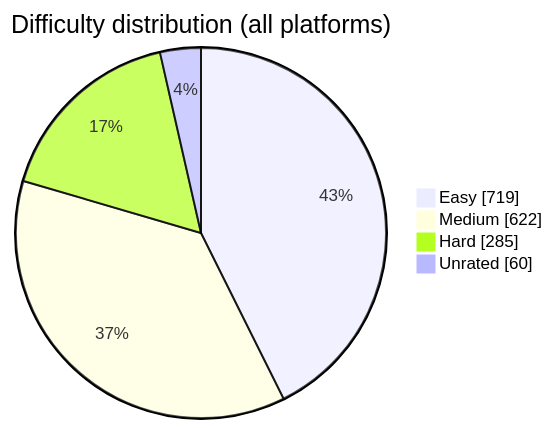
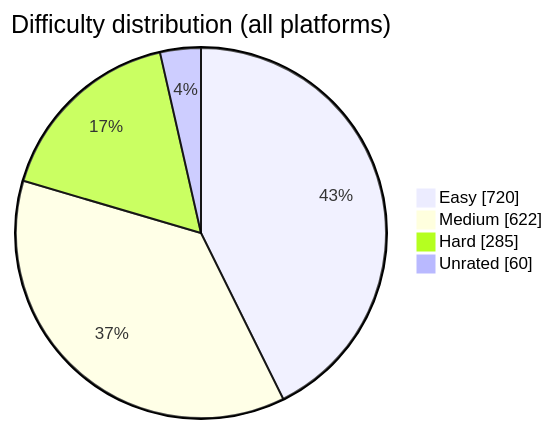
The diagram in README.md (BuildbyArindam/Daily-Coding-Log), drawn with Mermaid before and after one commit. The commit also changed other lines of this file, not shown here.

````diff
--- a/README.md
+++ b/README.md
@@ -93,7 +93,7 @@
 ```mermaid
 pie showData title Difficulty distribution (all platforms)
-    "Easy" : 719
+    "Easy" : 720
     "Medium" : 622
     "Hard" : 285
     "Unrated" : 60
 ```
````
